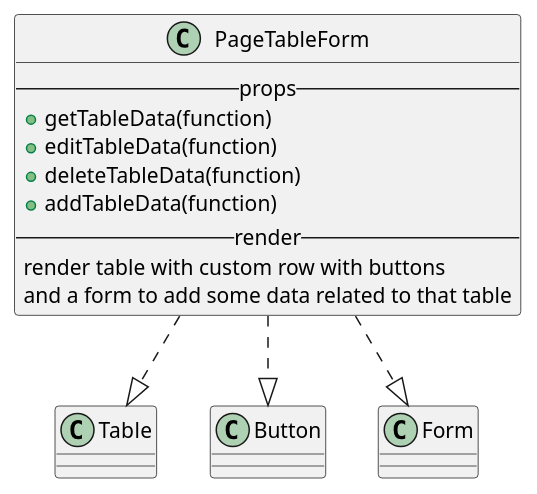
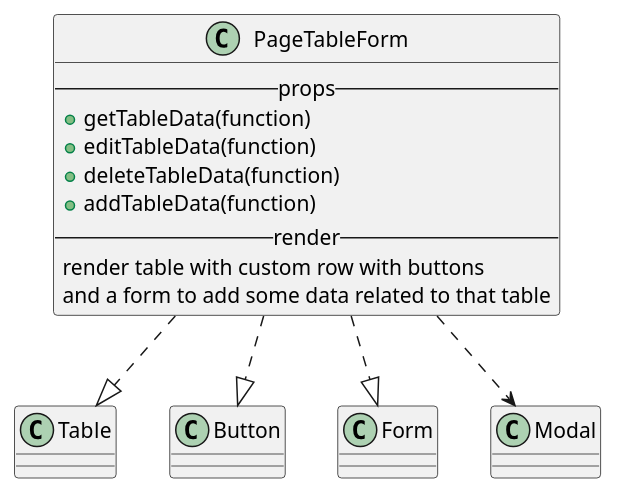
The diagram in react/custom/pageTableForm.iuml (M9k/Marvin-Uml), drawn with PlantUML before and after one commit. The commit also changed 3 other files, not shown here.

```diff
--- a/react/custom/pageTableForm.iuml
+++ b/react/custom/pageTableForm.iuml
@@ -1,13 +1,14 @@
 class PageTableForm{
     --props--
         + getTableData(function)
         + editTableData(function)
         + deleteTableData(function)
         + addTableData(function)
     --render--
         render table with custom row with buttons
         and a form to add some data related to that table
 }
 PageTableForm ..|> Table
 PageTableForm ..|> Button
 PageTableForm ..|> Form
+PageTableForm ..> Modal
```
